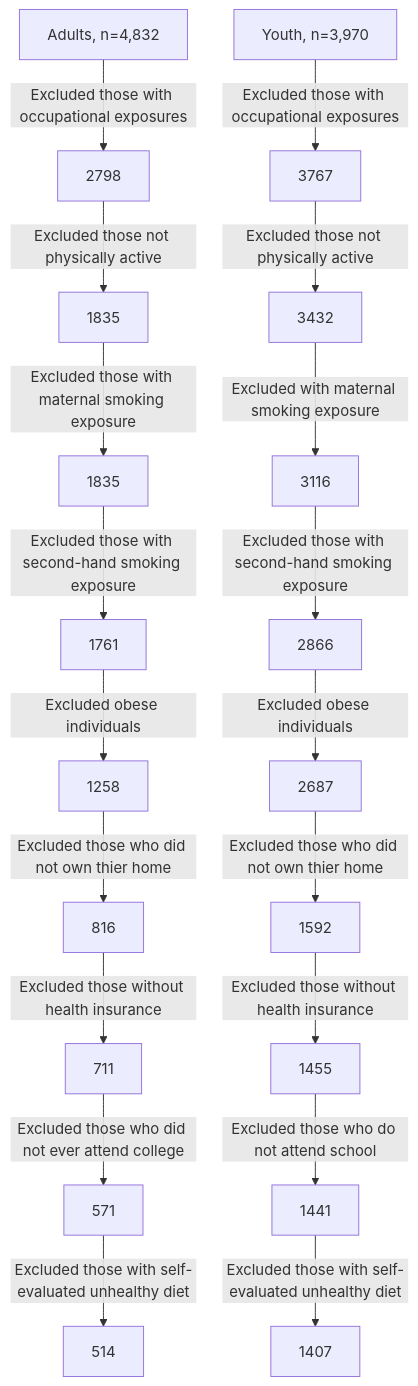
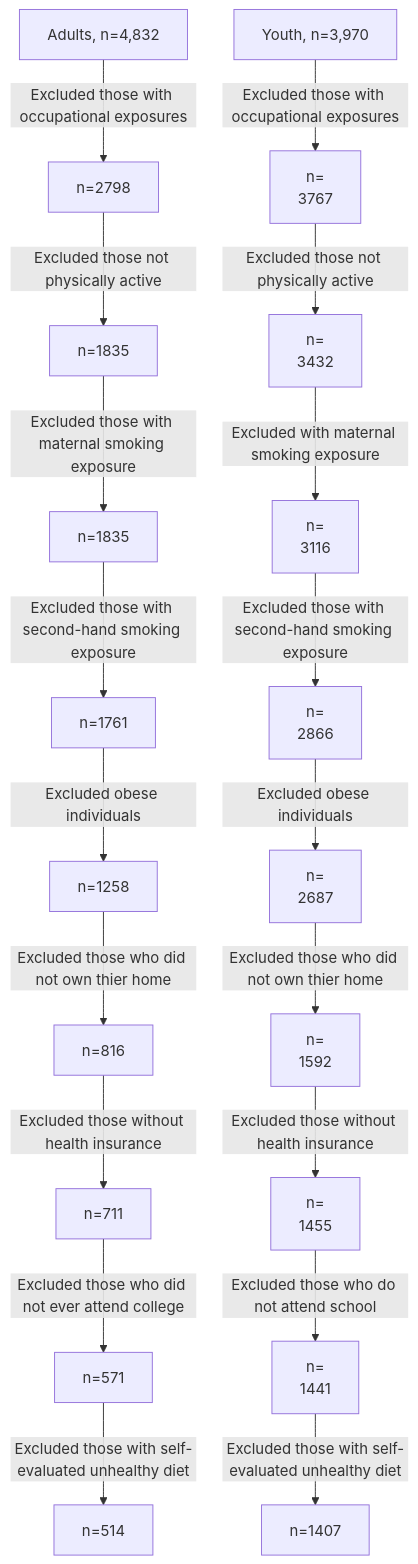
One commit to aminadibi/who-is-healthy-anyways changed the second of 2 diagrams in who-is-healthy-anyways.qmd. Above: the diagram before and after it, drawn with Mermaid. The commit also changed other lines of this file and 23 other files, not shown here.

````diff
--- a/who-is-healthy-anyways.qmd
+++ b/who-is-healthy-anyways.qmd
@@ -980,22 +981,30 @@
 ```{mermaid, include=T}
 flowchart TD
-    A1["Adults, n=4,832"] -- Excluded those with occupational exposures --> A2[2798]
-    A2["2798"] -- Excluded those not physically active --> A3[1835]
-    A3[1835] -- Excluded those with maternal smoking exposure --> A4[1835]
-    A4[1835] -- Excluded those with second-hand smoking exposure --> A5[1761]
-    A5[1761] -- Excluded obese individuals --> A6[1258]
-    A6[1258] -- Excluded those who did not own thier home --> A7[816]
-    A7[816] -- Excluded those without health insurance --> A8[711]
-    A8[711] -- Excluded those who did not ever attend college --> A9[571]
-    A9[571] -- Excluded those with self-evaluated unhealthy diet --> A10[514]
-    Y1["Youth, n=3,970"] -- Excluded those with occupational exposures --> Y2[3767]
-    Y2[3767] -- Excluded those not physically active --> Y3[3432]
-    Y3[3432] -- Excluded with maternal smoking exposure --> Y4[3116]
-    Y4[3116] -- Excluded those with second-hand smoking exposure --> Y5[2866]
-    Y5[2866] -- Excluded obese individuals --> Y6[2687]
-    Y6[2687] -- Excluded those who did not own thier home --> Y7[1592]
-    Y7[1592] -- Excluded those without health insurance --> Y8[1455]
-    Y8[1455] -- Excluded those who do not attend school --> Y9[1441]
-    Y9[1441] -- Excluded those with self-evaluated unhealthy diet --> Y10[1407]
+    A1["Adults, n=4,832"] -- Excluded those with occupational exposures --> A2[n=2798]
+    A2[n=2798] -- Excluded those not physically active --> A3[n=1835]
+    A3[n=1835] -- Excluded those with maternal smoking exposure --> A4[n=1835]
+    A4[n=1835] -- Excluded those with second-hand smoking exposure --> A5[n=1761]
+    A5[n=1761] -- Excluded obese individuals --> A6[n=1258]
+    A6[n=1258] -- Excluded those who did not own thier home --> A7[n=816]
+    A7[n=816] -- Excluded those without health insurance --> A8[n=711]
+    A8[n=711] -- Excluded those who did not ever attend college --> A9[n=571]
+    A9[n=571] -- Excluded those with self-evaluated unhealthy diet --> A10[n=514]
+    Y1["Youth, n=3,970"] -- Excluded those with occupational exposures --> Y2[n=3767]
+    Y2[n=
+    3767] -- Excluded those not physically active --> Y3[n=3432]
+    Y3[n=
+    3432] -- Excluded with maternal smoking exposure --> Y4[n=3116]
+    Y4[n=
+    3116] -- Excluded those with second-hand smoking exposure --> Y5[n=2866]
+    Y5[n=
+    2866] -- Excluded obese individuals --> Y6[n=2687]
+    Y6[n=
+    2687] -- Excluded those who did not own thier home --> Y7[n=1592]
+    Y7[n=
+    1592] -- Excluded those without health insurance --> Y8[n=1455]
+    Y8[n=
+    1455] -- Excluded those who do not attend school --> Y9[n=1441]
+    Y9[n=
+    1441] -- Excluded those with self-evaluated unhealthy diet --> Y10[n=1407]
 
 ```
````
